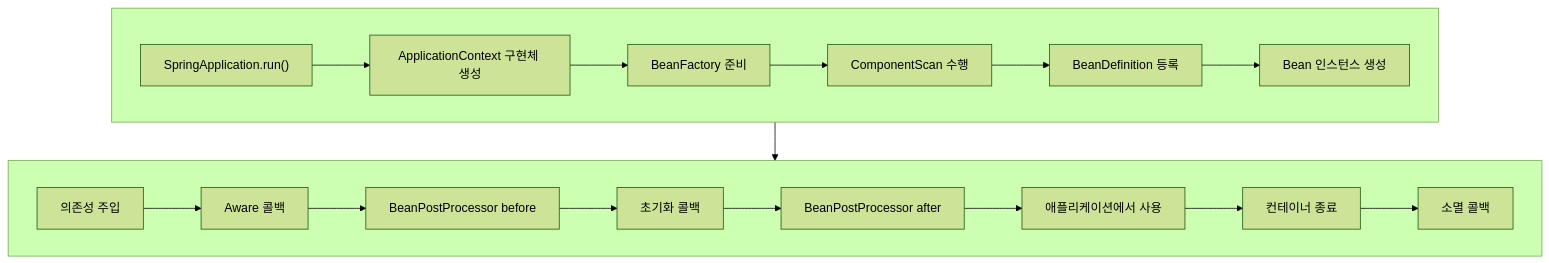
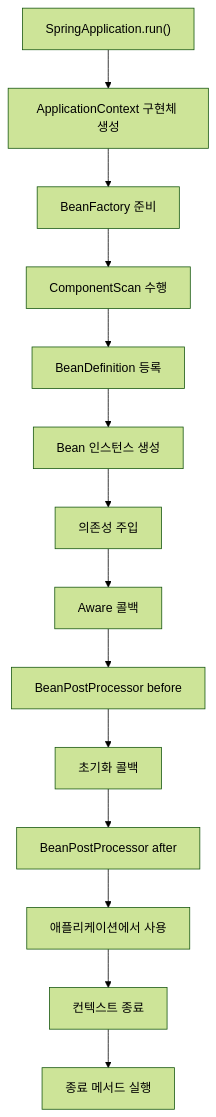
The third of 3 diagrams in _posts/2026-04-09-spring_bean.md (fakerdeft/fakerdeft.github.io), drawn with Mermaid (forest theme) before and after one commit.

Commit message:
feat: spring bean 그림 수정

````diff
--- a/_posts/2026-04-09-spring_bean.md
+++ b/_posts/2026-04-09-spring_bean.md
@@ -259,24 +259,16 @@
 ```mermaid
-flowchart TB
-    subgraph TOP[" "]
-        direction LR
-        A["SpringApplication.run()"] --> B["ApplicationContext 구현체 생성"]
-        B --> C["BeanFactory 준비"]
-        C --> D["ComponentScan 수행"]
-        D --> E["BeanDefinition 등록"]
-        E --> F["Bean 인스턴스 생성"]
-    end
-
-    subgraph BOTTOM[" "]
-        direction LR
-        G["의존성 주입"] --> H["Aware 콜백"]
-        H --> I["BeanPostProcessor before"]
-        I --> J["초기화 콜백"]
-        J --> K["BeanPostProcessor after"]
-        K --> L["애플리케이션에서 사용"]
-        L --> M["컨테이너 종료"]
-        M --> N["소멸 콜백"]
-    end
-
-    F --> G
+flowchart TD
+    A["SpringApplication.run()"] --> B["ApplicationContext 구현체 생성"]
+    B --> C["BeanFactory 준비"]
+    C --> D["ComponentScan 수행"]
+    D --> E["BeanDefinition 등록"]
+    E --> F["Bean 인스턴스 생성"]
+    F --> G["의존성 주입"]
+    G --> H["Aware 콜백"]
+    H --> I["BeanPostProcessor before"]
+    I --> J["초기화 콜백"]
+    J --> K["BeanPostProcessor after"]
+    K --> L["애플리케이션에서 사용"]
+    L --> M["컨텍스트 종료"]
+    M --> N["종료 메서드 실행"]
 ```
````
